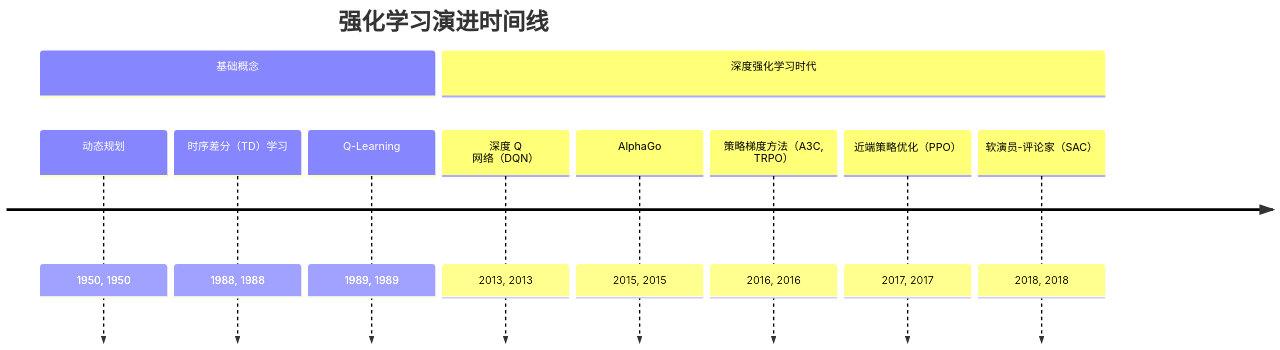
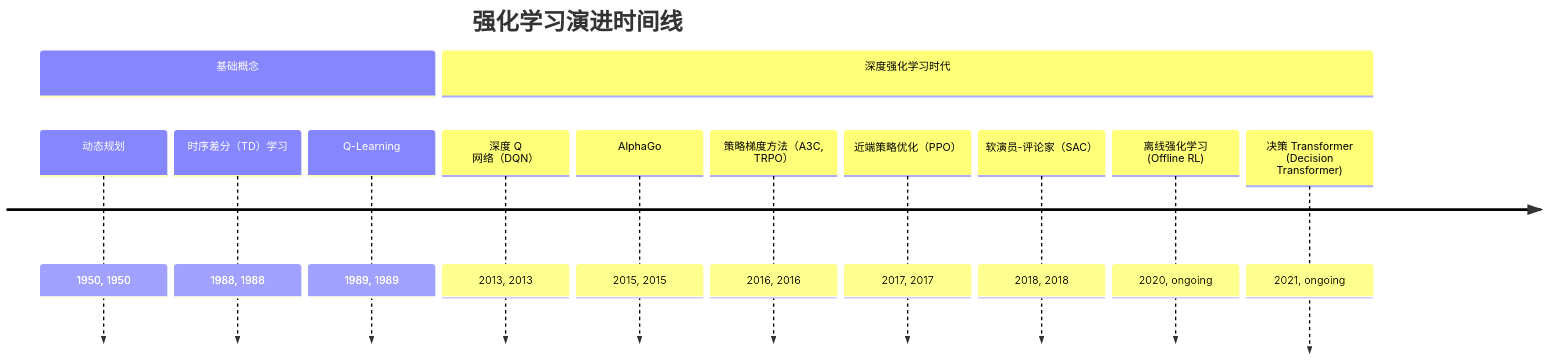
One commit to tt33415366/python_data_process_lib_intro changed the first of 3 diagrams in docs/deep-learning/zh/reinforcement_learning_evolution_document.zh.md. Above: the diagram before and after it, drawn with Mermaid. The commit also changed other lines of this file and 1 other file, not shown here.

````diff
--- a/docs/deep-learning/zh/reinforcement_learning_evolution_document.zh.md
+++ b/docs/deep-learning/zh/reinforcement_learning_evolution_document.zh.md
@@ -13,17 +13,19 @@
 ```mermaid
 timeline
     dateFormat  YYYY
     title 强化学习演进时间线
 
     section 基础概念
     动态规划   : 1950, 1950
     时序差分（TD）学习 : 1988, 1988
     Q-Learning            : 1989, 1989
 
     section 深度强化学习时代
     深度 Q 网络（DQN） : 2013, 2013
     AlphaGo               : 2015, 2015
     策略梯度方法（A3C, TRPO） : 2016, 2016
     近端策略优化（PPO） : 2017, 2017
     软演员-评论家（SAC） : 2018, 2018
+    离线强化学习 (Offline RL) : 2020, ongoing
+    决策 Transformer (Decision Transformer) : 2021, ongoing
 ```
````
